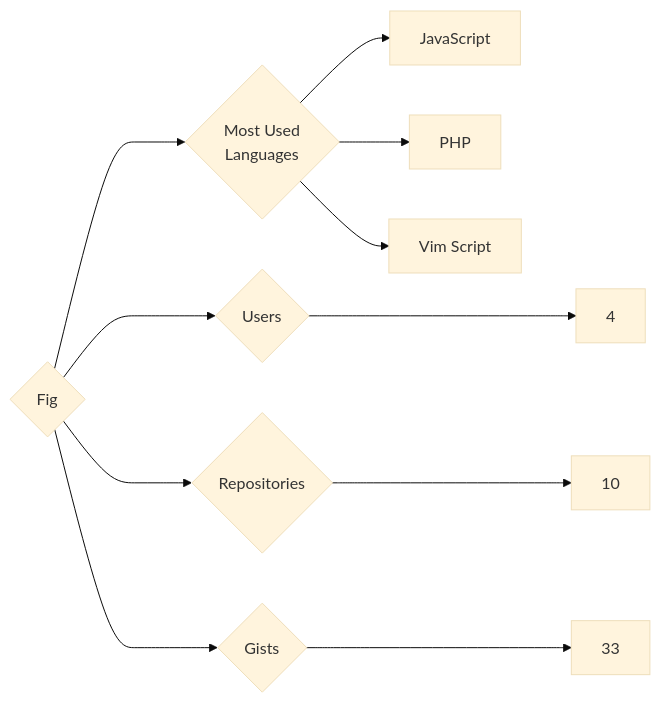
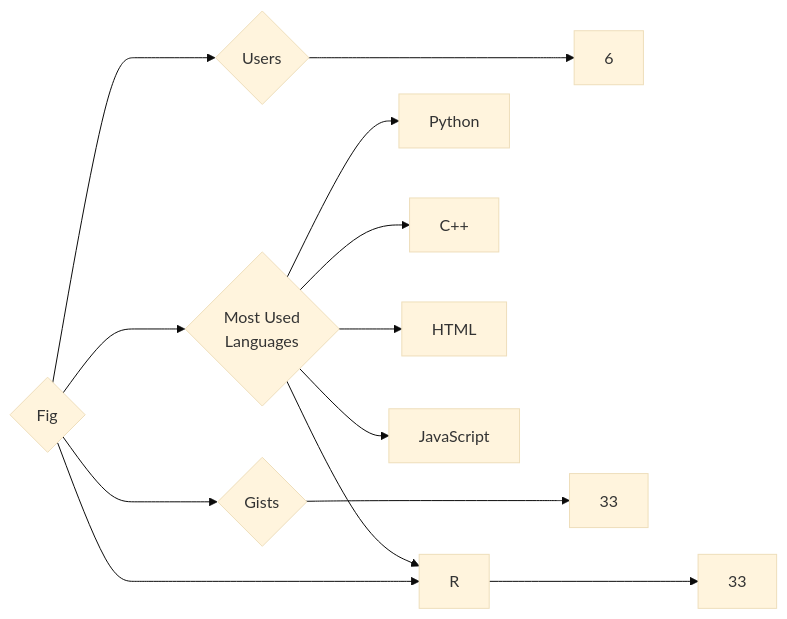
The diagram in targets/Fig/README.md (trickest/insiders), drawn with Mermaid (base theme) before and after one commit. The commit also changed 1123 other files, not shown here.

````diff
--- a/targets/Fig/README.md
+++ b/targets/Fig/README.md
@@ -3,11 +3,13 @@
 ```mermaid
 graph LR
 COMPANY_NAME{Fig}
-COMPANY_NAME ---> U{Users} ---> UN[4]
-COMPANY_NAME ---> R{Repositories} ---> RN[10]
+COMPANY_NAME ---> U{Users} ---> UN[6]
+COMPANY_NAME ---> R{Repositories} ---> RN[33]
 COMPANY_NAME ---> G{Gists} ---> GN[33]
 COMPANY_NAME ---> ML{Most Used<br>Languages}
+ML --> Python[Python]
+ML --> C++[C++]
+ML --> HTML[HTML]
+ML --> R[R]
 ML --> JavaScript[JavaScript]
-ML --> PHP[PHP]
-ML --> Vim_Script[Vim Script]
 ```
````
